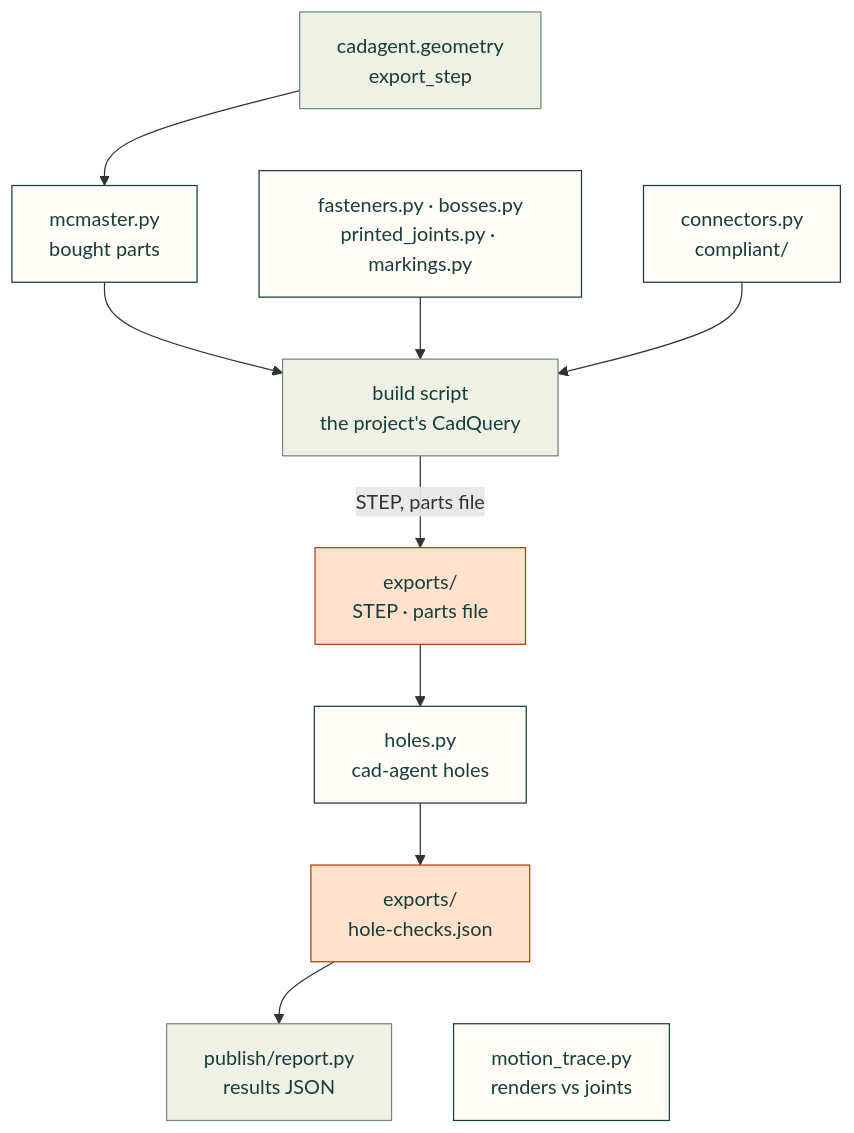
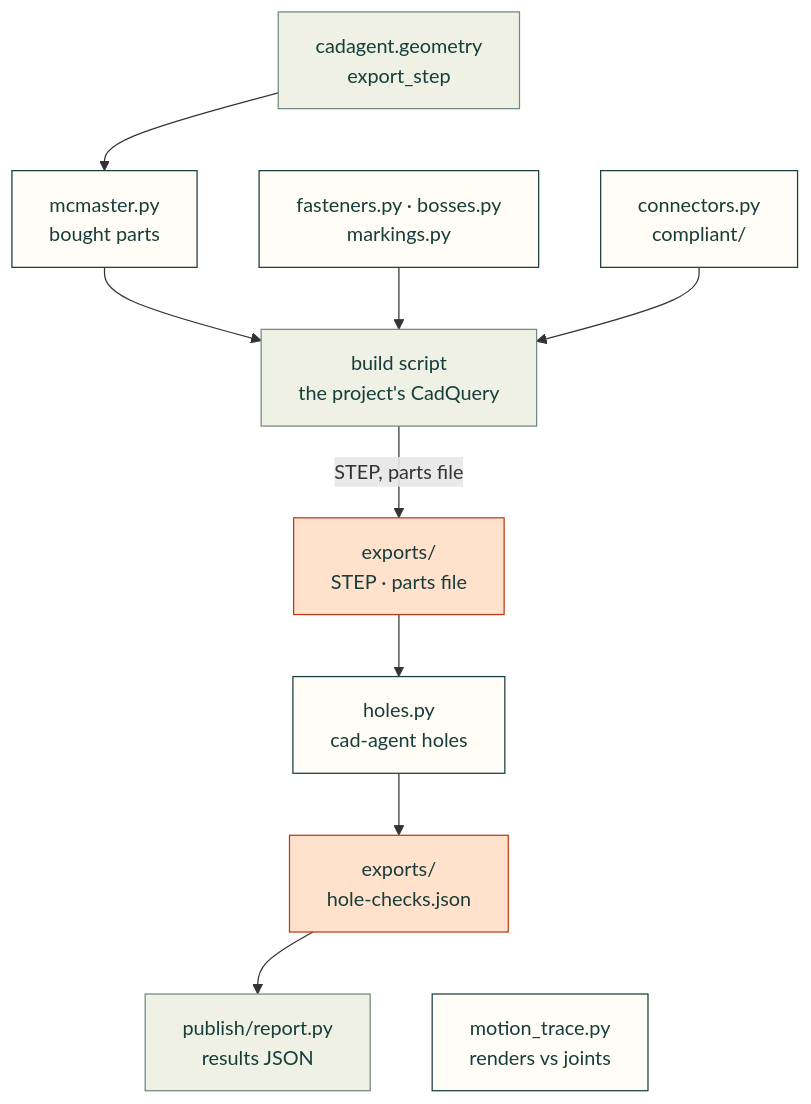
One commit to Valpatel/cad-agent changed the diagram in src/cadagent/mechanical/README.md. Above: the diagram before and after it, drawn with Mermaid. The commit also changed 8 other files, not shown here.

First line of the commit message:
Printed joints: answer the review (#97)

````diff
--- a/src/cadagent/mechanical/README.md
+++ b/src/cadagent/mechanical/README.md
@@ -12,18 +12,18 @@
 ```mermaid
 flowchart TD
     G["cadagent.geometry<br/>export_step"] --> MC["mcmaster.py<br/>bought parts"]
-    G ~~~ FK["fasteners.py · bosses.py<br/>printed_joints.py · markings.py"]
+    G ~~~ FK["fasteners.py · bosses.py<br/>markings.py"]
     G ~~~ CC["connectors.py<br/>compliant/"]
     MC & FK & CC --> B["build script<br/>the project's CadQuery"]
     B -->|"STEP, parts file"| X["exports/<br/>STEP · parts file"]
     X --> H["holes.py<br/>cad-agent holes"]
     H --> HJ["exports/<br/>hole-checks.json"]
     HJ --> R["publish/report.py<br/>results JSON"]
     HJ ~~~ MT["motion_trace.py<br/>renders vs joints"]
     classDef here fill:#fffdf5,stroke:#173d3c,color:#173d3c
     classDef near fill:#eef1e4,stroke:#6f8a80,color:#173d3c
     classDef out fill:#ffe1cc,stroke:#bd3a12,color:#173d3c
     class MC,FK,CC,H,MT here
     class G,B,R near
     class X,HJ out
 ```
````
